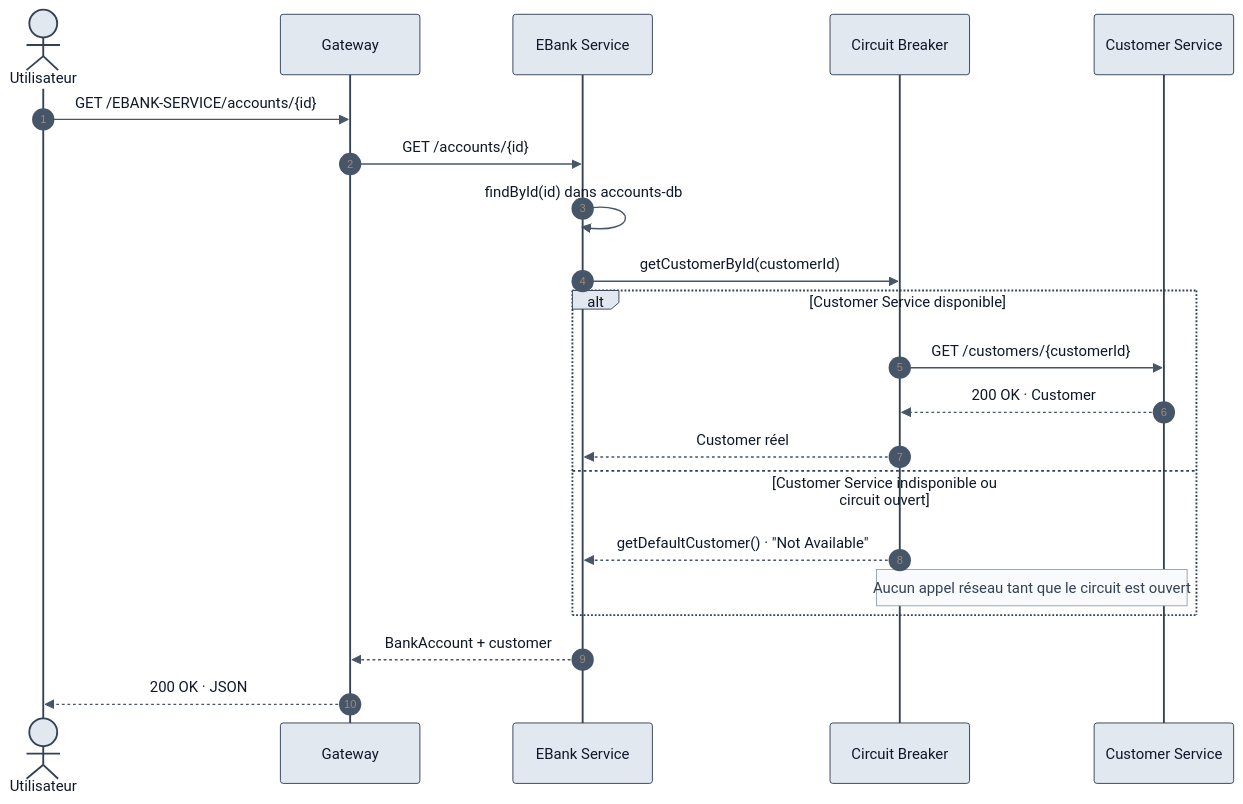
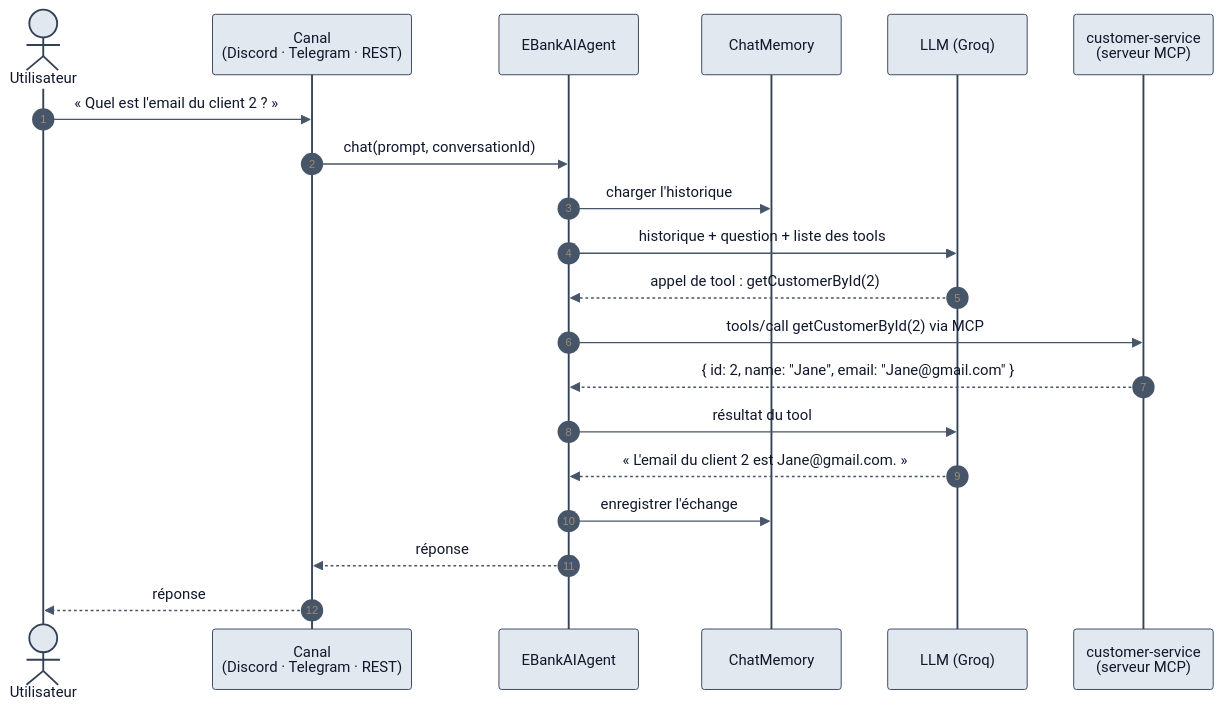
Before and after one commit to charly-zoungrana/ebank-microservices-project: the second of 2 diagrams in README.md, drawn with Mermaid. The commit also changed other lines of this file and 4 other files, not shown here.

````diff
--- a/README.md
+++ b/README.md
@@ -207,27 +235,24 @@
 ```mermaid
 %%{init: {'theme':'base','themeVariables':{'fontFamily':'Segoe UI, Helvetica, Arial, sans-serif','fontSize':'13px','primaryColor':'#F1F5F9','primaryBorderColor':'#475569','primaryTextColor':'#0F172A','lineColor':'#64748B','actorBkg':'#E2E8F0','actorBorder':'#334155','actorTextColor':'#0F172A','signalColor':'#475569','signalTextColor':'#0F172A','noteBkgColor':'#F8FAFC','noteBorderColor':'#94A3B8','noteTextColor':'#334155','activationBkgColor':'#DBE4EE','activationBorderColor':'#475569'}}}%%
 sequenceDiagram
     autonumber
     actor U as Utilisateur
-    participant GW as Gateway
-    participant ES as EBank Service
-    participant CB as Circuit Breaker
-    participant CS as Customer Service
+    participant CH as Canal<br/>(Discord · Telegram · REST)
+    participant AG as EBankAIAgent
+    participant M as ChatMemory
+    participant L as LLM (Groq)
+    participant CS as customer-service<br/>(serveur MCP)
 
-    U->>GW: GET /EBANK-SERVICE/accounts/{id}
-    GW->>ES: GET /accounts/{id}
-    ES->>ES: findById(id) dans accounts-db
-    ES->>CB: getCustomerById(customerId)
-
-    alt Customer Service disponible
-        CB->>CS: GET /customers/{customerId}
-        CS-->>CB: 200 OK · Customer
-        CB-->>ES: Customer réel
-    else Customer Service indisponible ou circuit ouvert
-        CB-->>ES: getDefaultCustomer() · "Not Available"
-        Note over CB,CS: Aucun appel réseau tant que le circuit est ouvert
-    end
-
-    ES-->>GW: BankAccount + customer
-    GW-->>U: 200 OK · JSON
+    U->>CH: « Quel est l'email du client 2 ? »
+    CH->>AG: chat(prompt, conversationId)
+    AG->>M: charger l'historique
+    AG->>L: historique + question + liste des tools
+    L-->>AG: appel de tool : getCustomerById(2)
+    AG->>CS: tools/call getCustomerById(2) via MCP
+    CS-->>AG: { id: 2, name: "Jane", email: "Jane@gmail.com" }
+    AG->>L: résultat du tool
+    L-->>AG: « L'email du client 2 est Jane@gmail.com. »
+    AG->>M: enregistrer l'échange
+    AG-->>CH: réponse
+    CH-->>U: réponse
 ```
````
